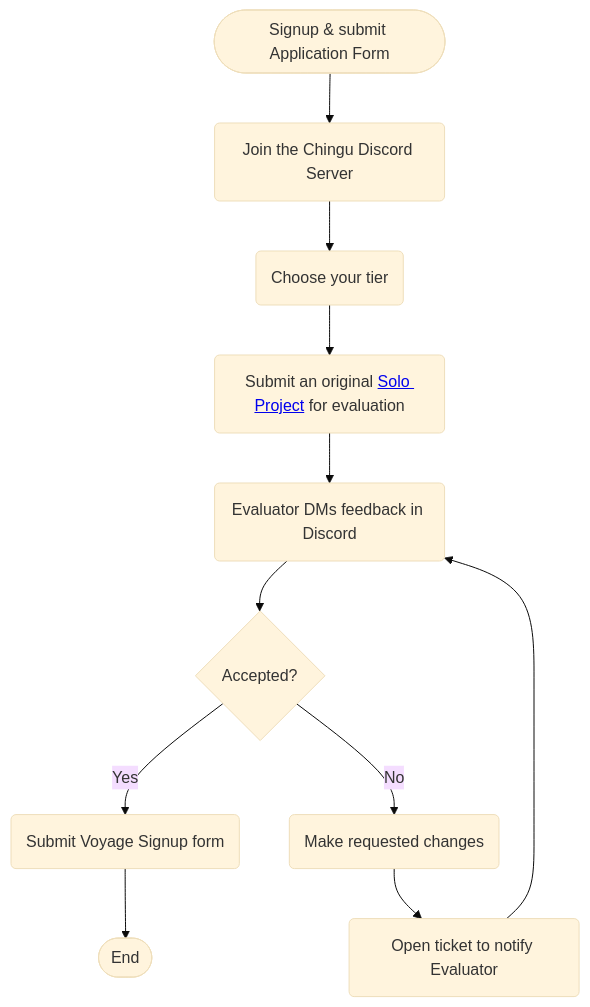
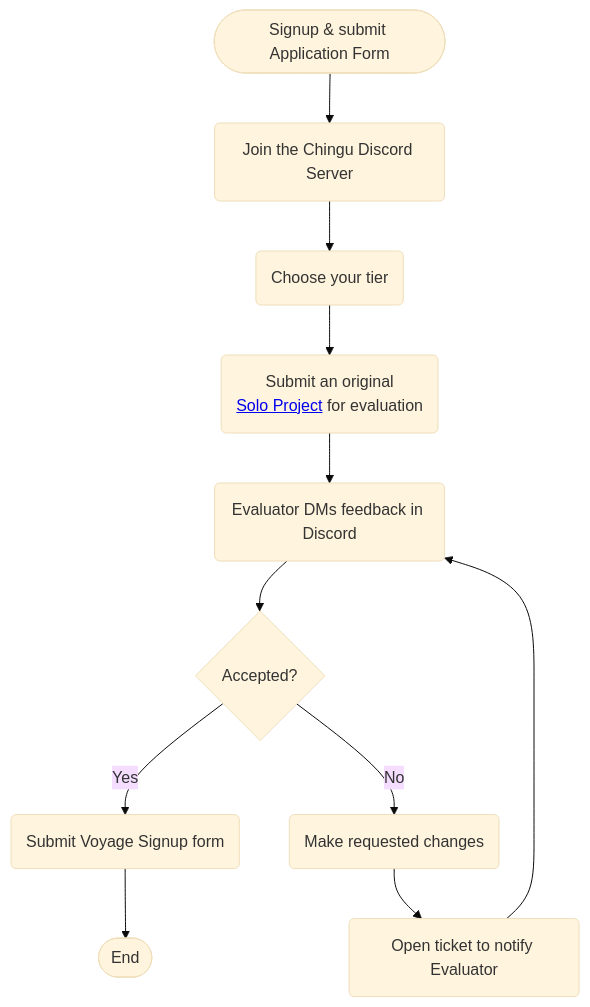
Before and after one commit to chingu-voyages/Handbook: the diagram in README.md, drawn with Mermaid (base theme).

Commit message:
Feature: Add onboarding flowchart

````diff
--- a/README.md
+++ b/README.md
@@ -50,13 +50,13 @@
 ```mermaid
 flowchart TB
    A(["Signup & submit Application Form"]) --> B(Join the Chingu Discord Server);
    B --> C(Choose your tier);
-   C --> D(Submit an original <a href='https://github.com/chingu-voyages/Handbook/blob/main/docs/guides/soloproject/soloproject.md'>Solo Project</a> for evaluation);
+   C --> D(Submit an original</br><a href='https://github.com/chingu-voyages/Handbook/blob/main/docs/guides/soloproject/soloproject.md'>Solo Project</a> for evaluation);
    D --> E(Evaluator DMs feedback in Discord);
    E --> F{Accepted?};
    F -- Yes --> G(Submit Voyage Signup form);
    F -- No --> H(Make requested changes);
    H --> I(Open ticket to notify Evaluator);
    I --> E;
    G --> Z([End]);
 ```
````
